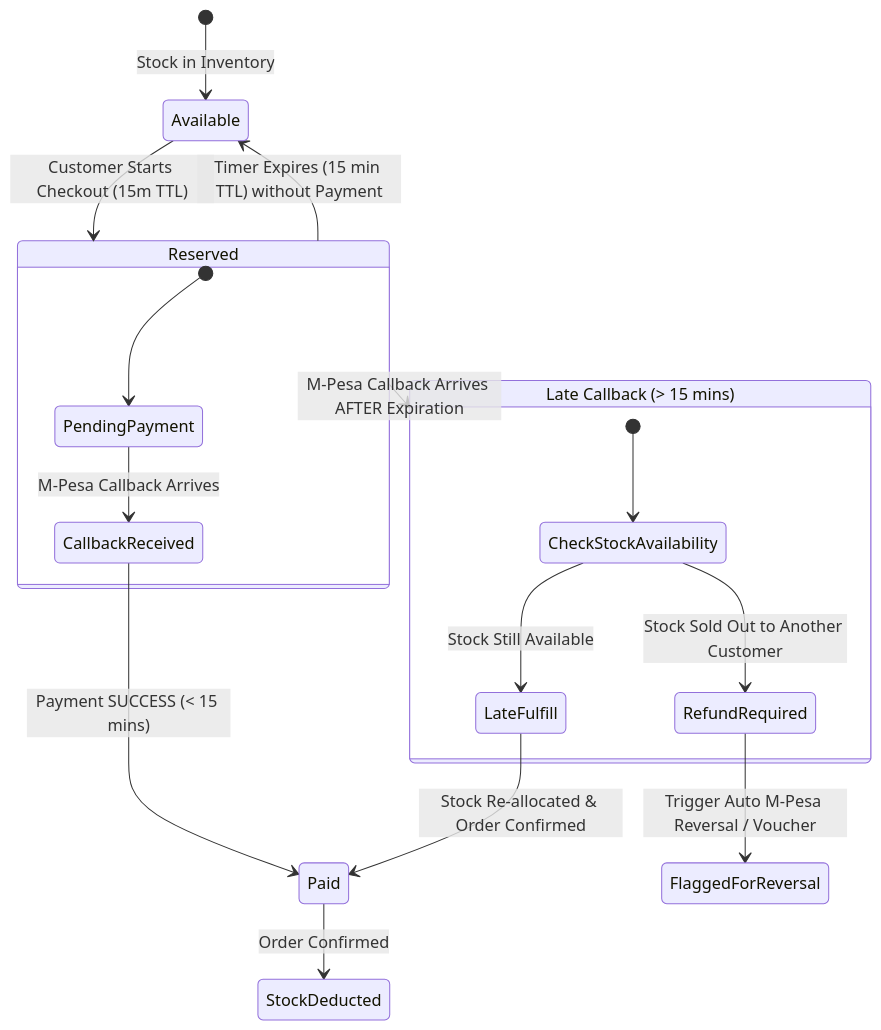
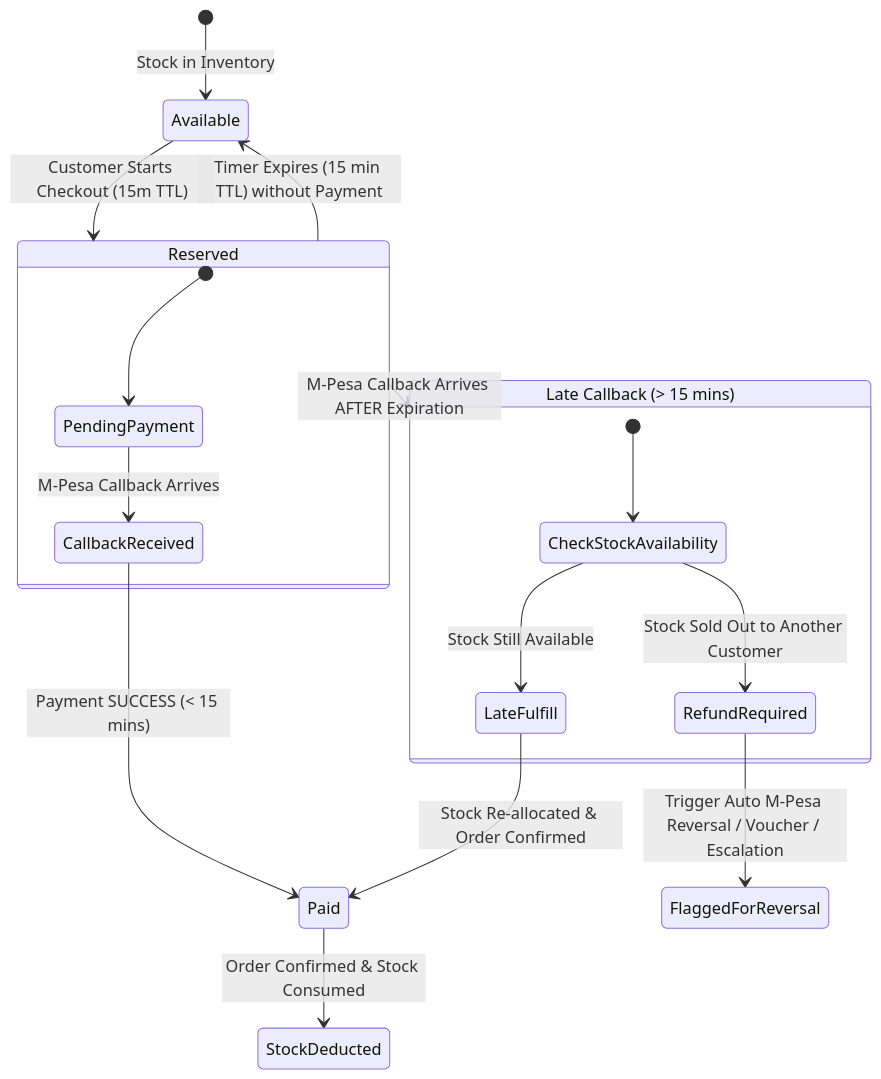
One commit to chiefin933/LuxeWear-KENYA changed the second of 2 diagrams in LUXEWEAR_SYSTEM_ARCHITECTURE.md. Above: the diagram before and after it, drawn with Mermaid. The commit also changed other lines of this file and 2 other files, not shown here.

Commit message:
fix(schema): apply 12 structural audit corrections to Prisma schema & database blueprint

````diff
--- a/LUXEWEAR_SYSTEM_ARCHITECTURE.md
+++ b/LUXEWEAR_SYSTEM_ARCHITECTURE.md
@@ -107,26 +108,26 @@
 ```mermaid
 stateDiagram-v2
     [*] --> Available: Stock in Inventory
     Available --> Reserved: Customer Starts Checkout (15m TTL)
     
     state Reserved {
         [*] --> PendingPayment
         PendingPayment --> CallbackReceived: M-Pesa Callback Arrives
     }
 
     Reserved --> Available: Timer Expires (15 min TTL) without Payment
     
     CallbackReceived --> Paid: Payment SUCCESS (< 15 mins)
-    Paid --> StockDeducted: Order Confirmed
+    Paid --> StockDeducted: Order Confirmed & Stock Consumed
 
     state "Late Callback (> 15 mins)" as LateCallback {
         [*] --> CheckStockAvailability
         CheckStockAvailability --> LateFulfill: Stock Still Available
         CheckStockAvailability --> RefundRequired: Stock Sold Out to Another Customer
     }
 
     Reserved --> LateCallback: M-Pesa Callback Arrives AFTER Expiration
 
     LateFulfill --> Paid: Stock Re-allocated & Order Confirmed
-    RefundRequired --> FlaggedForReversal: Trigger Auto M-Pesa Reversal / Voucher
+    RefundRequired --> FlaggedForReversal: Trigger Auto M-Pesa Reversal / Voucher / Escalation
 ```
````
